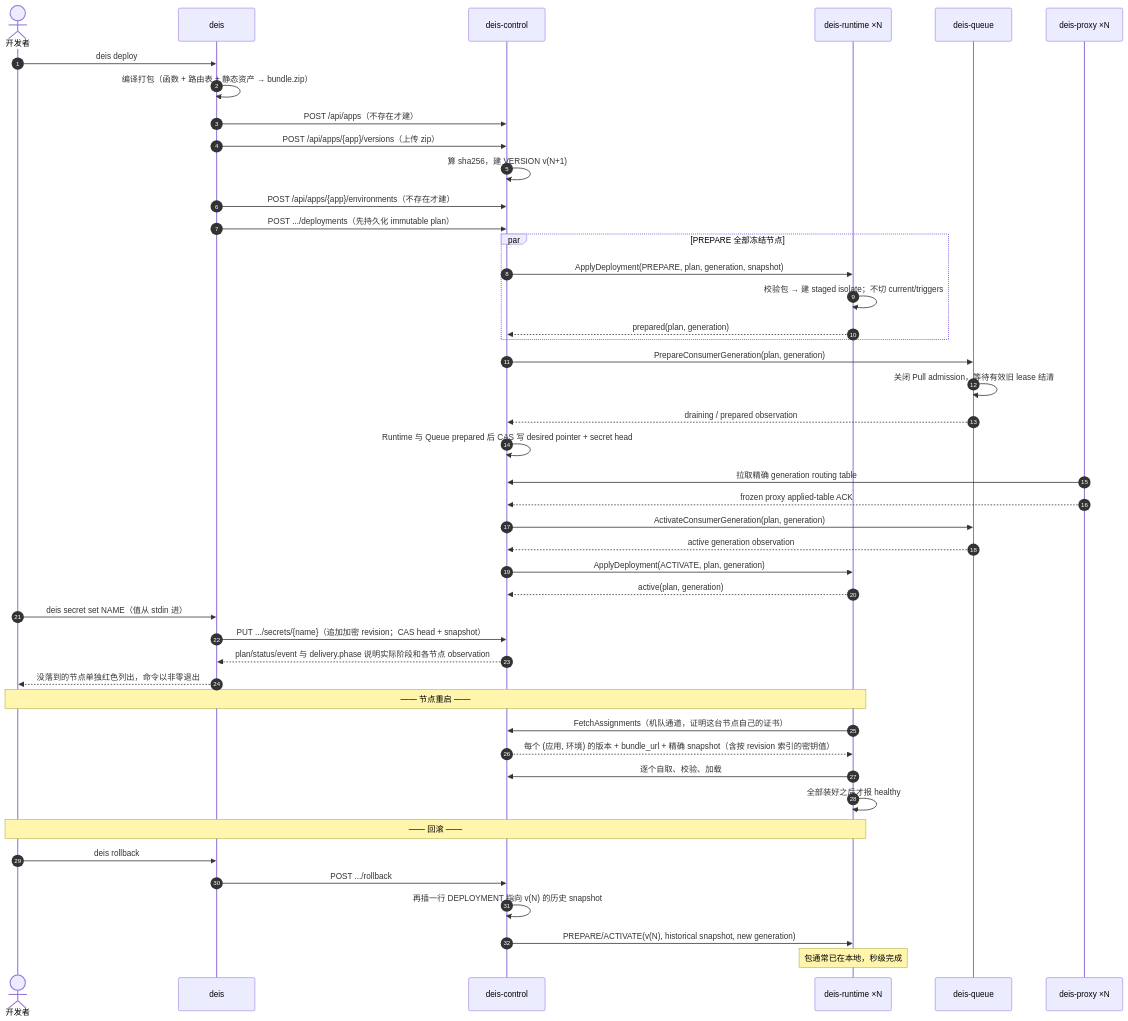
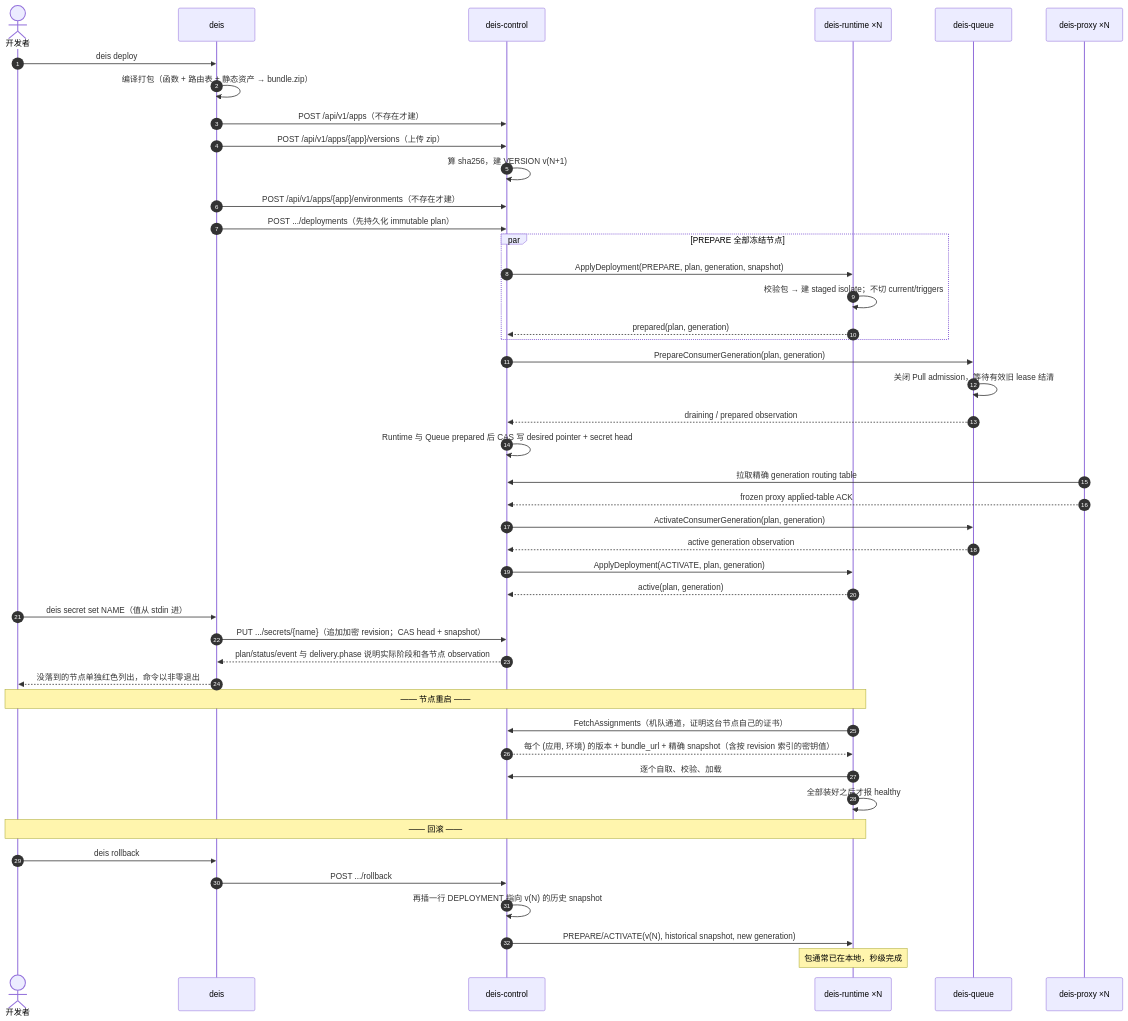
Before and after one commit to deislet/deislet: the third of 6 diagrams in docs/architecture.zh.md, drawn with Mermaid. The commit also changed other lines of this file and 8 other files, not shown here.

````diff
--- a/docs/architecture.zh.md
+++ b/docs/architecture.zh.md
@@ -246,51 +246,51 @@
 ```mermaid
 sequenceDiagram
     autonumber
     actor Dev as 开发者
     participant CLI as deis
     participant R as deis-control
     participant X as deis-runtime ×N
     participant Q as deis-queue
     participant P as deis-proxy ×N
 
     Dev->>CLI: deis deploy
     CLI->>CLI: 编译打包（函数 + 路由表 + 静态资产 → bundle.zip）
-    CLI->>R: POST /api/apps（不存在才建）
-    CLI->>R: POST /api/apps/{app}/versions（上传 zip）
+    CLI->>R: POST /api/v1/apps（不存在才建）
+    CLI->>R: POST /api/v1/apps/{app}/versions（上传 zip）
     R->>R: 算 sha256，建 VERSION v(N+1)
-    CLI->>R: POST /api/apps/{app}/environments（不存在才建）
+    CLI->>R: POST /api/v1/apps/{app}/environments（不存在才建）
     CLI->>R: POST .../deployments（先持久化 immutable plan）
     par PREPARE 全部冻结节点
         R->>X: ApplyDeployment(PREPARE, plan, generation, snapshot)
         X->>X: 校验包 → 建 staged isolate；不切 current/triggers
         X-->>R: prepared(plan, generation)
     end
     R->>Q: PrepareConsumerGeneration(plan, generation)
     Q->>Q: 关闭 Pull admission，等待有效旧 lease 结清
     Q-->>R: draining / prepared observation
     R->>R: Runtime 与 Queue prepared 后 CAS 写 desired pointer + secret head
     P->>R: 拉取精确 generation routing table
     P-->>R: frozen proxy applied-table ACK
     R->>Q: ActivateConsumerGeneration(plan, generation)
     Q-->>R: active generation observation
     R->>X: ApplyDeployment(ACTIVATE, plan, generation)
     X-->>R: active(plan, generation)
     Dev->>CLI: deis secret set NAME（值从 stdin 进）
     CLI->>R: PUT .../secrets/{name}（追加加密 revision；CAS head + snapshot）
 
     R-->>CLI: plan/status/event 与 delivery.phase 说明实际阶段和各节点 observation
     CLI-->>Dev: 没落到的节点单独红色列出，命令以非零退出
 
     Note over Dev,X: —— 节点重启 ——
     X->>R: FetchAssignments（机队通道，证明这台节点自己的证书）
     R-->>X: 每个 (应用, 环境) 的版本 + bundle_url + 精确 snapshot（含按 revision 索引的密钥值）
     X->>R: 逐个自取、校验、加载
     X->>X: 全部装好之后才报 healthy
 
     Note over Dev,X: —— 回滚 ——
     Dev->>CLI: deis rollback
     CLI->>R: POST .../rollback
     R->>R: 再插一行 DEPLOYMENT 指向 v(N) 的历史 snapshot
     R->>X: PREPARE/ACTIVATE(v(N), historical snapshot, new generation)
     Note over X: 包通常已在本地，秒级完成
 ```
````
